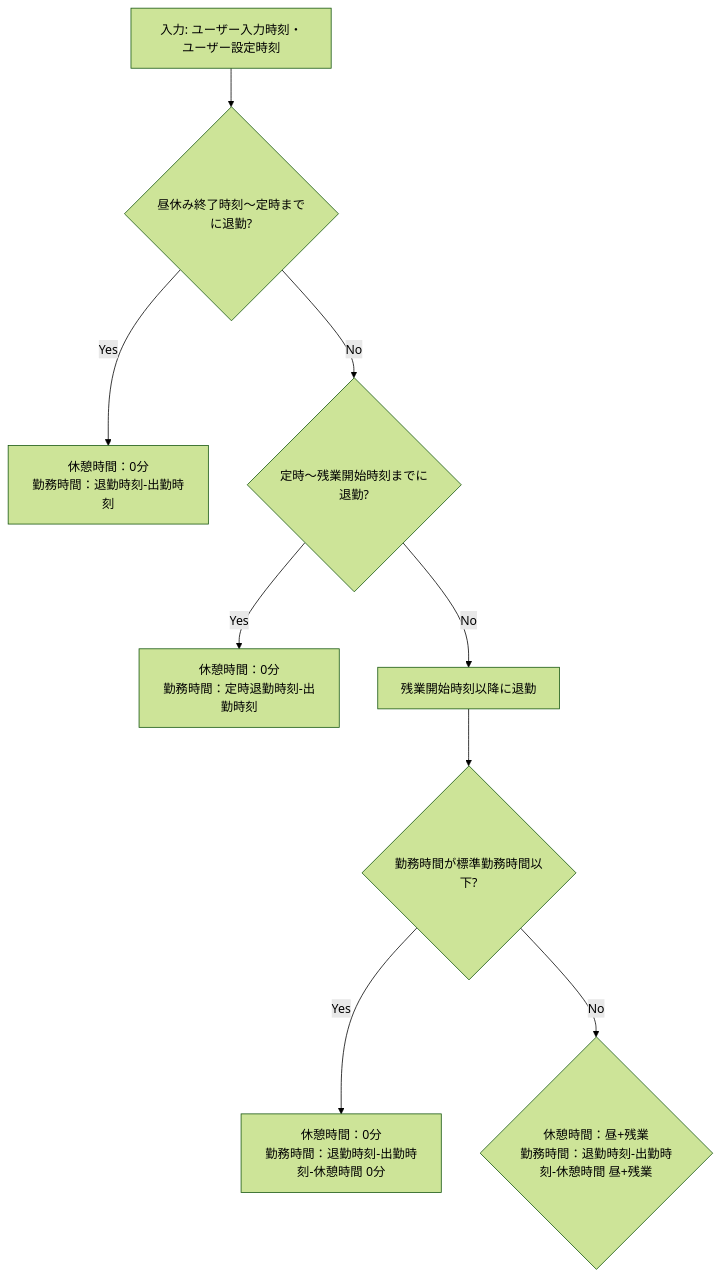
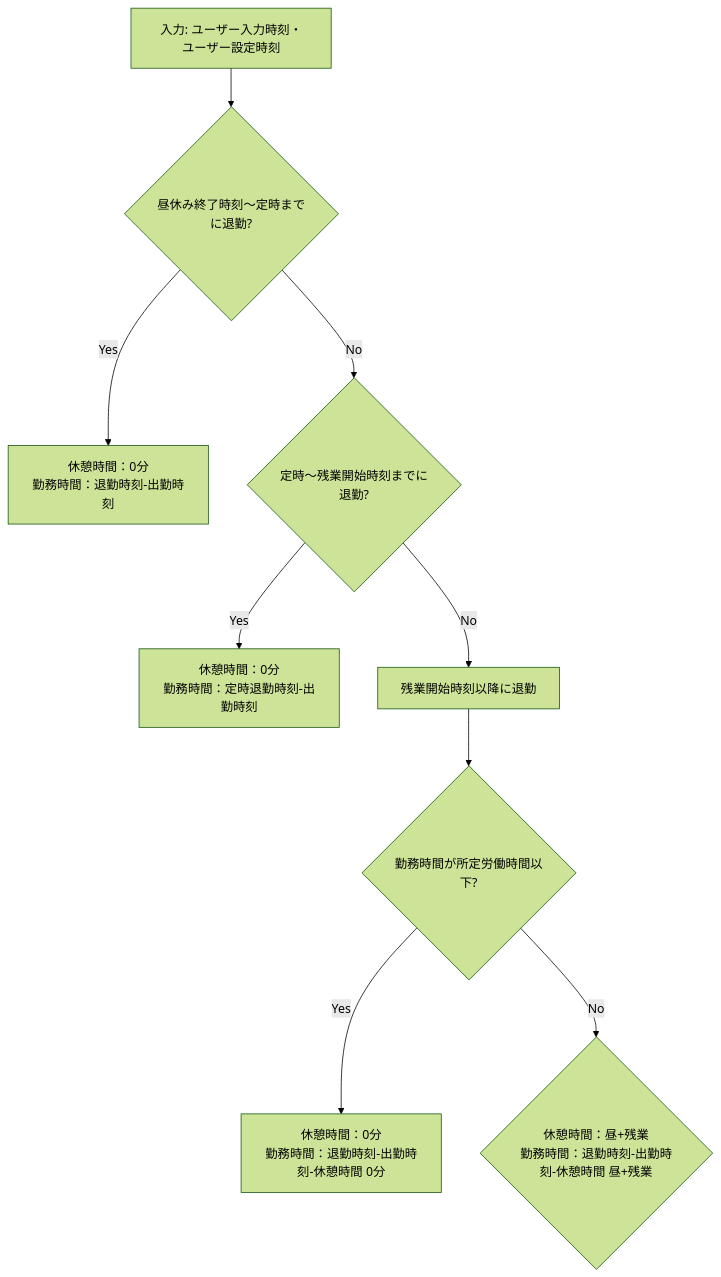
The third of 3 diagrams in README.md (tkura37/WorkingHoursCalculator), drawn with Mermaid (forest theme) before and after one commit. The commit also changed other lines of this file and 1 other file, not shown here.

````diff
--- a/README.md
+++ b/README.md
@@ -82,11 +82,11 @@
 ```mermaid
 flowchart TD
    A[入力: ユーザー入力時刻・ユーザー設定時刻] --> B{昼休み終了時刻～定時までに退勤?}
    B --> |Yes|C[休憩時間：0分<br>勤務時間：退勤時刻-出勤時刻]
    B --> |No|D{定時～残業開始時刻までに退勤?}   
    D --> |Yes|E[休憩時間：0分<br>勤務時間：定時退勤時刻-出勤時刻]
    D --> |No|F[残業開始時刻以降に退勤]
-   F --> G{勤務時間が標準勤務時間以下?}
+   F --> G{勤務時間が所定労働時間以下?}
    G --> |Yes|H[休憩時間：0分<br>勤務時間：退勤時刻-出勤時刻-休憩時間 0分]
    G --> |No|I{休憩時間：昼+残業<br>勤務時間：退勤時刻-出勤時刻-休憩時間 昼+残業}
 ```
````
